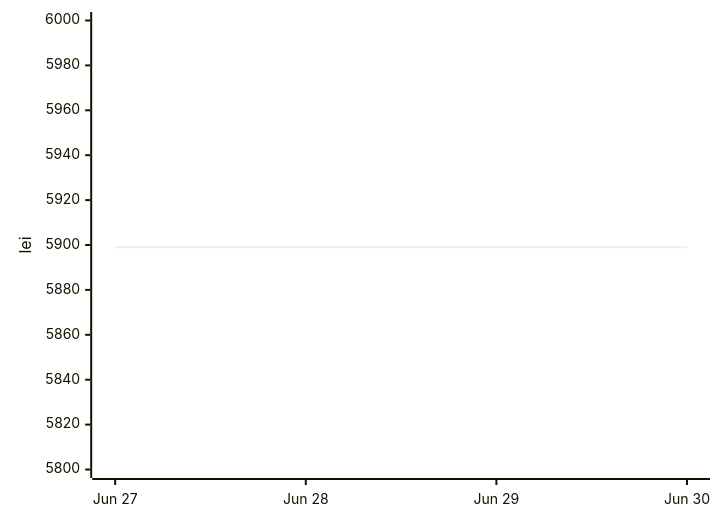
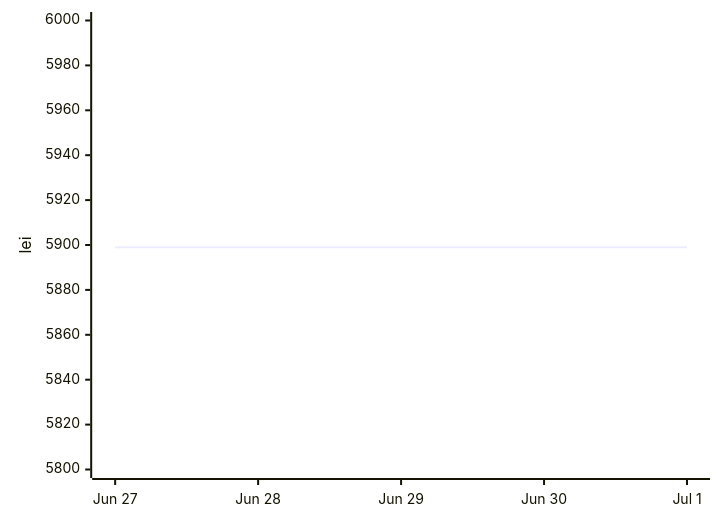
One commit to anagheioan/laptop-price-monitor changed the second of 2 diagrams in README.md. Above: the diagram before and after it, drawn with Mermaid. The commit also changed other lines of this file and 1 other file, not shown here.

Commit message:
Price check 2026-07-01

````diff
--- a/README.md
+++ b/README.md
@@ -29,6 +29,6 @@
 ```mermaid
 xychart-beta
-    x-axis ["Jun 27", "Jun 28", "Jun 29", "Jun 30"]
+    x-axis ["Jun 27", "Jun 28", "Jun 29", "Jun 30", "Jul 1"]
     y-axis "lei" 5800 --> 6000
-    line [5899.0, 5899.0, 5899.0, 5899.0]
+    line [5899.0, 5899.0, 5899.0, 5899.0, 5899.0]
 ```
````
